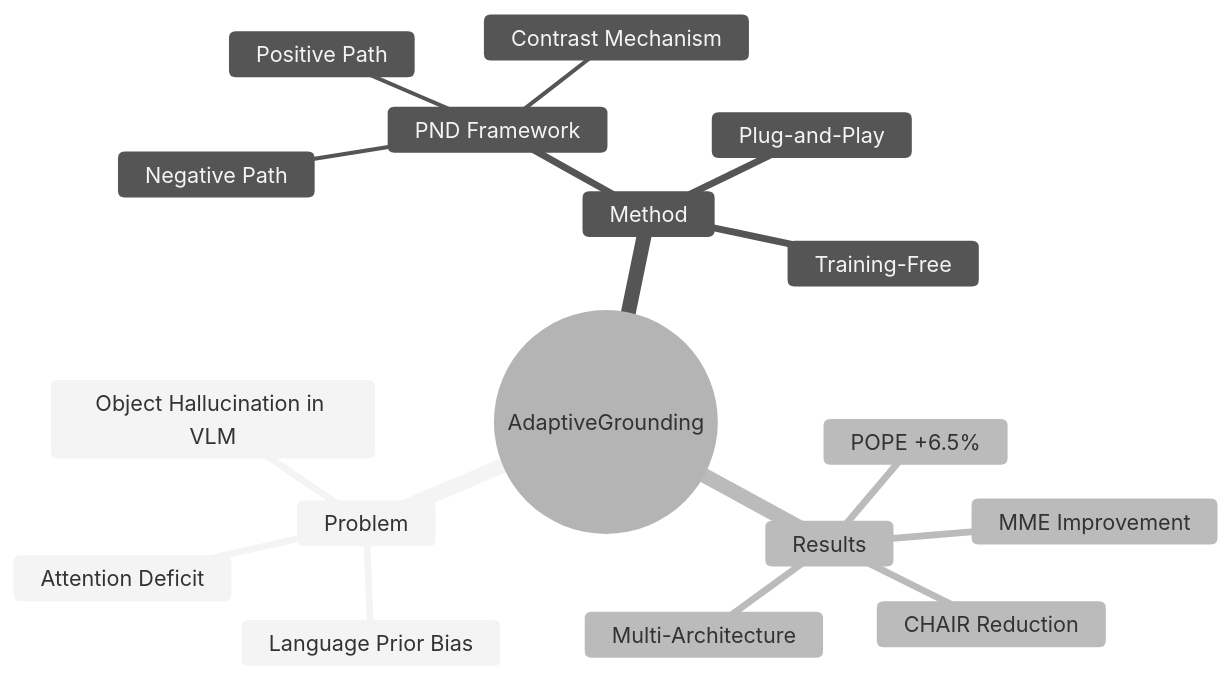
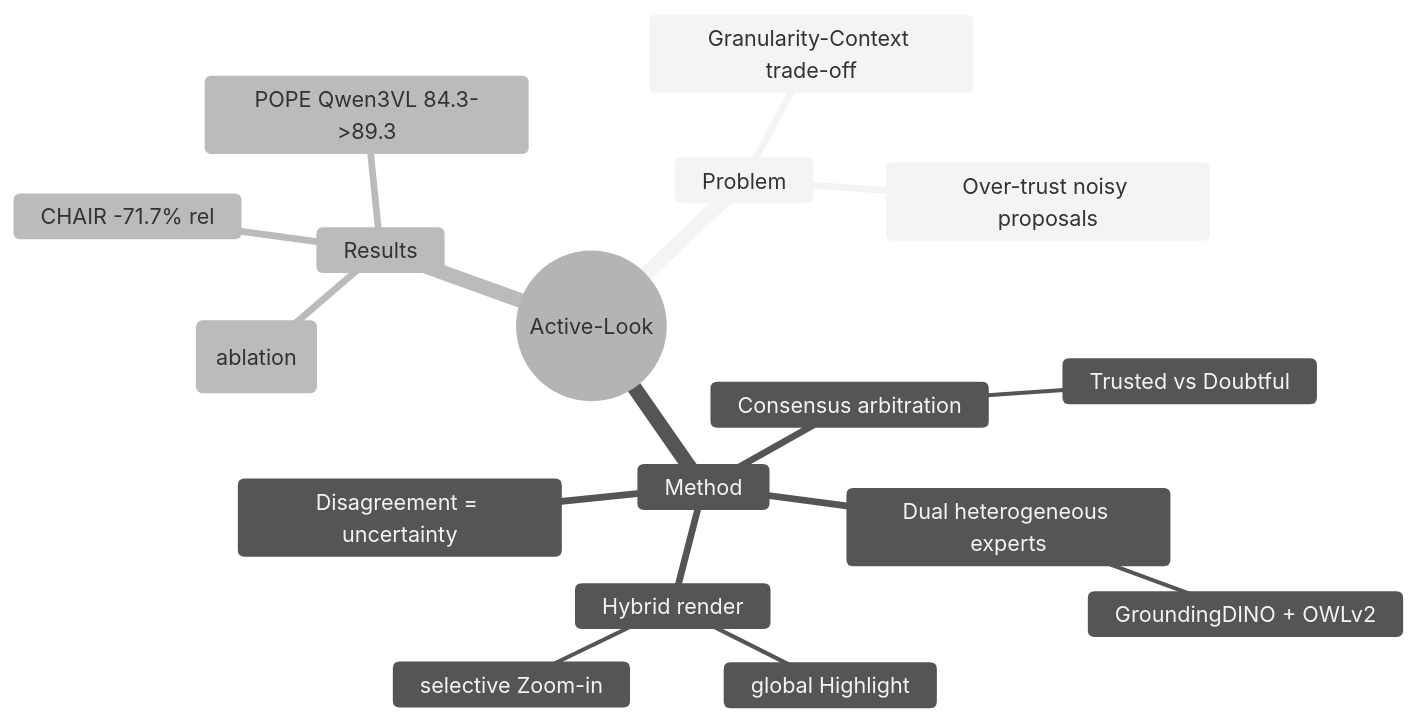
One commit to Kendrick-Stein/MCISLAB_DeepRead changed the diagram in Papers/Archive/2604-AdaptiveGrounding.md. Above: the diagram before and after it, drawn with Mermaid (neutral theme). The commit also changed other lines of this file and 21 other files, not shown here.

````diff
--- a/Papers/Archive/2604-AdaptiveGrounding.md
+++ b/Papers/Archive/2604-AdaptiveGrounding.md
@@ -86,20 +55,20 @@
 ```mermaid
 mindmap
-  root((AdaptiveGrounding))
+  root((Active-Look))
     Problem
-      Object Hallucination in VLM
-      Attention Deficit
-      Language Prior Bias
+      Granularity-Context trade-off
+      Over-trust noisy proposals
     Method
-      PND Framework
-        Positive Path
-        Negative Path
-        Contrast Mechanism
-      Training-Free
-      Plug-and-Play
+      Dual heterogeneous experts
+        GroundingDINO + OWLv2
+      Disagreement = uncertainty
+      Consensus arbitration
+        Trusted vs Doubtful
+      Hybrid render
+        global Highlight
+        selective Zoom-in
     Results
-      POPE +6.5%
-      MME Improvement
-      CHAIR Reduction
-      Multi-Architecture
+      POPE Qwen3VL 84.3->89.3
+      CHAIR -71.7% rel
+      Union<single (ablation)
 ```
````
